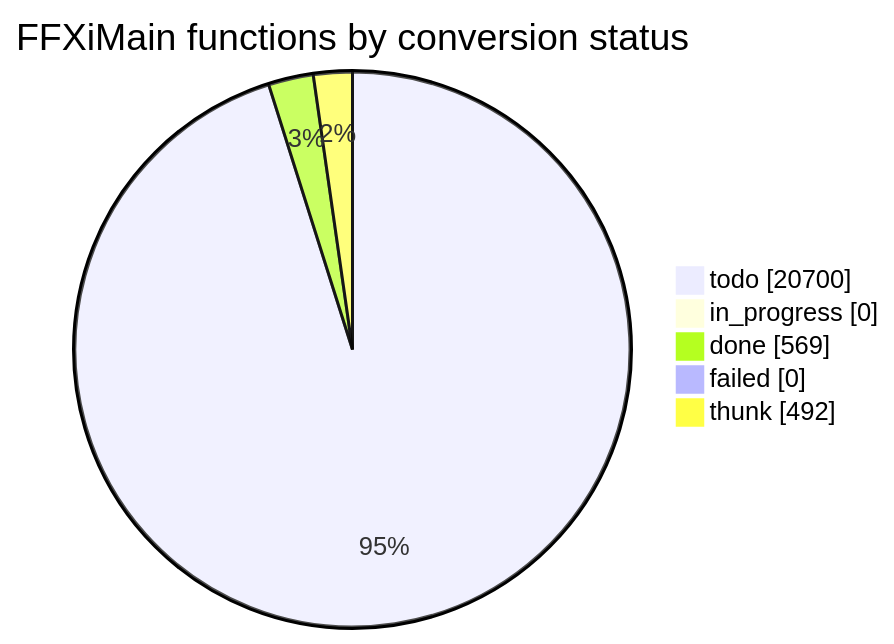
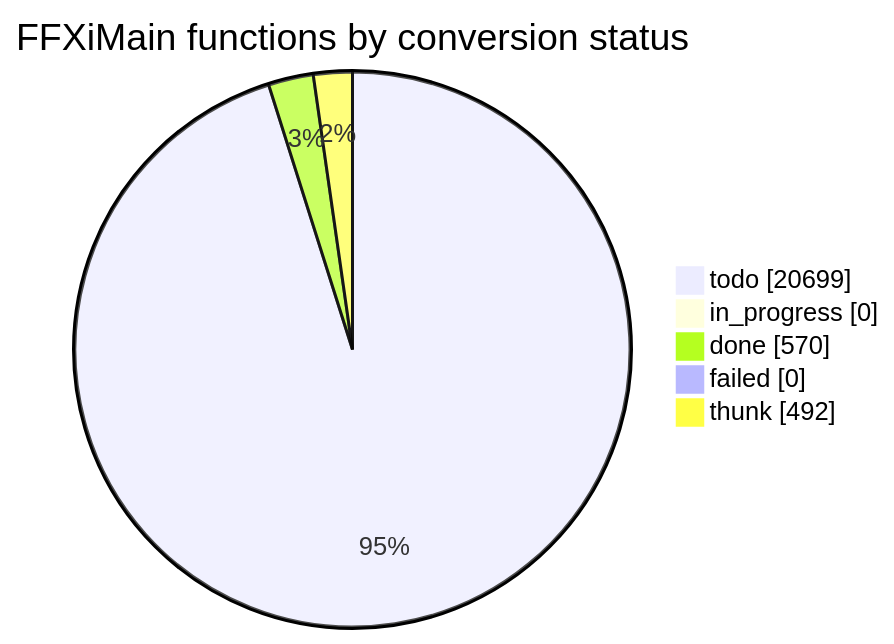
One commit to cowrevenge/cow_kuluu_xi_anything changed the diagram in docs/cow/STATUS.md. Above: the diagram before and after it, drawn with Mermaid. The commit also changed other lines of this file and 9 other files, not shown here.

````diff
--- a/docs/cow/STATUS.md
+++ b/docs/cow/STATUS.md
@@ -18,9 +18,9 @@
 ```mermaid
 pie showData
     title FFXiMain functions by conversion status
-    "todo" : 20700
+    "todo" : 20699
     "in_progress" : 0
-    "done" : 569
+    "done" : 570
     "failed" : 0
     "thunk" : 492
 ```
````
